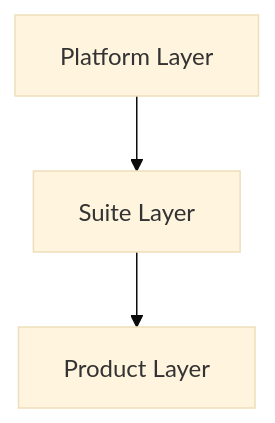
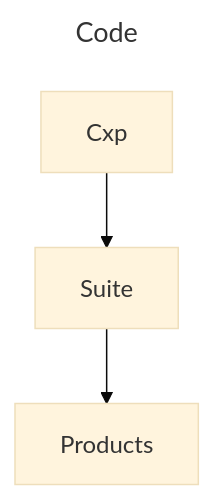
One commit to Jacovlogg/jacovlogg.github.io changed the fifth of 9 diagrams in _drafts/2026-04-23-The-Platform.md. Above: the diagram before and after it, drawn with Mermaid (base theme). The commit also changed other lines of this file and 2 other files, not shown here.

````diff
--- a/_drafts/2026-04-23-The-Platform.md
+++ b/_drafts/2026-04-23-The-Platform.md
@@ -154,9 +183,10 @@
 ```mermaid
+---
+title: Code 
+---
 flowchart TB
-    Platform[Platform Layer]
-    Suite[Suite Layer]
-    Product[Product Layer]
+    Cxp  --> Suite
+    Suite --> Products
 
-    Platform --> Suite
-    Suite --> Product
+  
 ```
````
